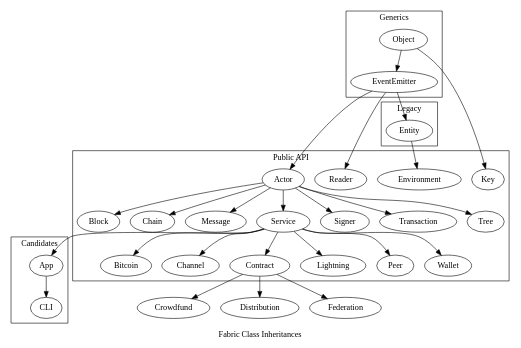
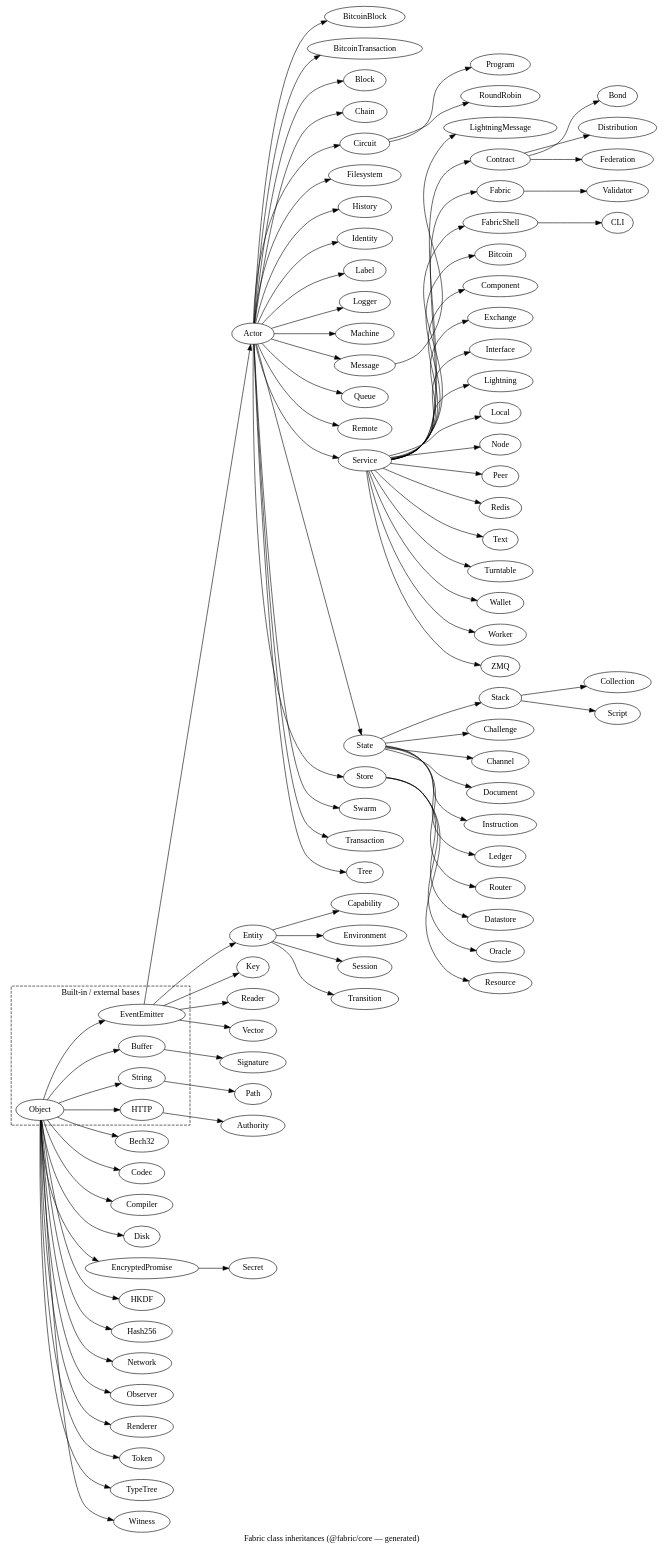
Before and after one commit to FabricLabs/fabric: the diagram in contracts/classes.dot, drawn with Graphviz. The commit also changed 169 other files, not shown here.

```diff
--- a/contracts/classes.dot
+++ b/contracts/classes.dot
@@ -1,82 +1,124 @@
 digraph FabricClasses {
-  label = "Fabric Class Inheritances"
-  rankdir = "TB"
+  label = "Fabric class inheritances (@fabric/core — generated)"
+  rankdir = "LR"
 
-  subgraph cluster_generics {
-    label = "Generics"
+  // Regenerate: node scripts/classtree.js --write
+
+  subgraph cluster_builtins {
+    label = "Built-in / external bases"
+    graph[style=dashed]
     "Object"
     "EventEmitter"
+    "Buffer"
+    "String"
+    "HTTP"
   }
 
-  subgraph cluster_core {
-    label = "Public API"
+  "Buffer" -> "Signature"
+  "EventEmitter" -> {
     "Actor"
-    "Block"
-    "Bitcoin"
-    "Chain"
-    "Channel"
-    "Contract"
-    "Environment"
+    "Entity"
     "Key"
-    "Lightning"
-    "Message"
-    "Peer"
     "Reader"
-    "Service"
-    "Signer"
-    "Transaction"
-    "Tree"
-    "Wallet"
+    "Vector"
   }
-
-  subgraph cluster_candidates {
-    label = "Candidates"
-    "App"
-    "CLI"
+  "Object" -> {
+    "Bech32"
+    "Buffer"
+    "Codec"
+    "Compiler"
+    "Disk"
+    "EncryptedPromise"
+    "EventEmitter"
+    "HKDF"
+    "HTTP"
+    "Hash256"
+    "Network"
+    "Observer"
+    "Renderer"
+    "String"
+    "Token"
+    "TypeTree"
+    "Witness"
   }
-
-  subgraph cluster_legacy {
-    label = "Legacy"
-    "Entity"
-  }
-
+  "String" -> "Path"
   "Actor" -> {
+    "BitcoinBlock"
+    "BitcoinTransaction"
     "Block"
     "Chain"
+    "Circuit"
+    "Filesystem"
+    "History"
+    "Identity"
+    "Label"
+    "Logger"
+    "Machine"
     "Message"
+    "Queue"
+    "Remote"
     "Service"
-    "Signer"
+    "State"
+    "Store"
+    "Swarm"
     "Transaction"
     "Tree"
   }
-
-  "App" -> {
-    "CLI"
+  "Circuit" -> {
+    "Program"
+    "RoundRobin"
   }
-
   "Contract" -> {
-    "Crowdfund"
+    "Bond"
     "Distribution"
     "Federation"
   }
-
-  "Entity" -> "Environment"
-  "EventEmitter" -> {
-    "Actor"
-    "Entity"
-    "Reader"
+  "EncryptedPromise" -> "Secret"
+  "Entity" -> {
+    "Capability"
+    "Environment"
+    "Session"
+    "Transition"
   }
-
-  "Object" -> "EventEmitter"
-  "Object" -> "Key"
-
+  "Fabric" -> "Validator"
+  "FabricShell" -> "CLI"
+  "HTTP" -> "Authority"
+  "Message" -> "LightningMessage"
   "Service" -> {
-    "App"
     "Bitcoin"
+    "Component"
+    "Contract"
+    "Exchange"
+    "Fabric"
+    "FabricShell"
+    "Interface"
+    "Lightning"
+    "Local"
+    "Node"
+    "Peer"
+    "Redis"
+    "Text"
+    "Turntable"
+    "Wallet"
+    "Worker"
+    "ZMQ"
+  }
+  "Stack" -> {
+    "Collection"
+    "Script"
+  }
+  "State" -> {
+    "Challenge"
     "Channel"
-    "Contract"
-    "Lightning"
-    "Peer"
-    "Wallet"
+    "Document"
+    "Instruction"
+    "Ledger"
+    "Router"
+    "Stack"
+  }
+  "Store" -> {
+    "Datastore"
+    "Oracle"
+    "Resource"
   }
 }
```
